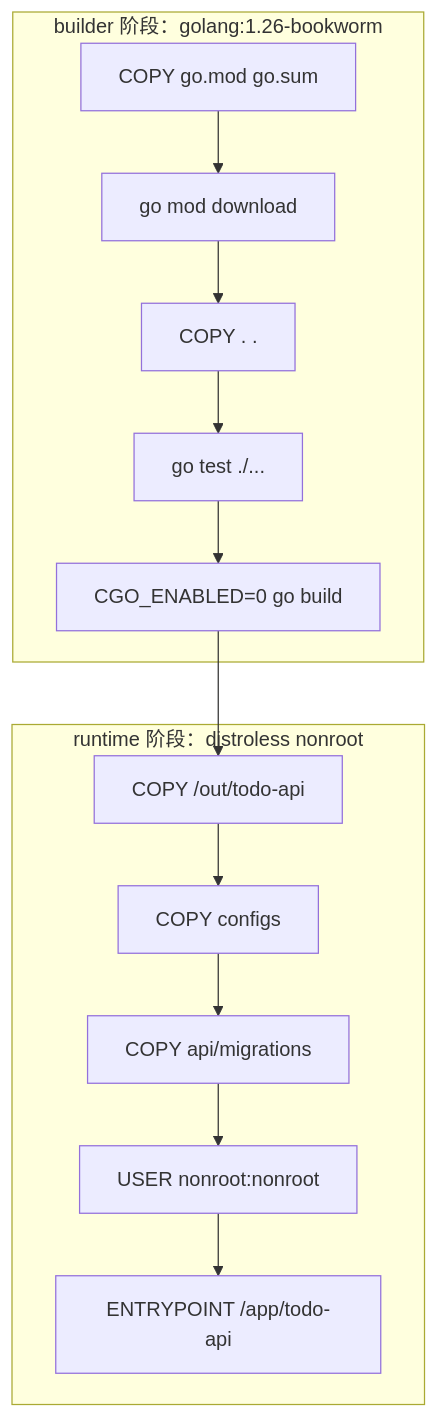
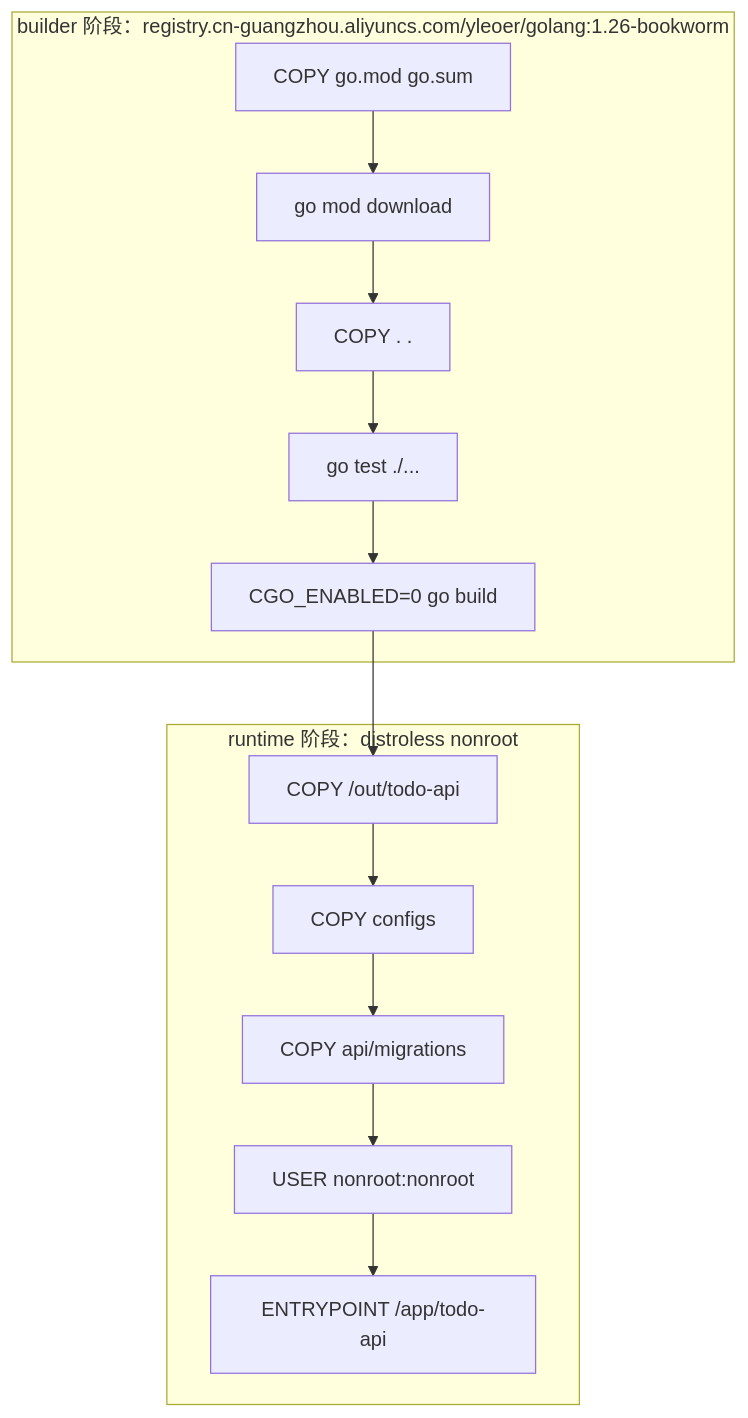
The second of 3 diagrams in docs/chapters/stage-03-docker/16-dockerfile.md (yleoer/cloud-native-todo-platform-docs), drawn with Mermaid before and after one commit. The commit also changed other lines of this file and 30 other files, not shown here.

First line of the commit message:
将所有外部 Docker 镜像统一指向 registry.cn-guangzhou.aliyuncs.com/yleoer

````diff
--- a/docs/chapters/stage-03-docker/16-dockerfile.md
+++ b/docs/chapters/stage-03-docker/16-dockerfile.md
@@ -303,18 +303,18 @@
 ```mermaid
 flowchart TB
-    subgraph Builder["builder 阶段：golang:1.26-bookworm"]
+    subgraph Builder["builder 阶段：registry.cn-guangzhou.aliyuncs.com/yleoer/golang:1.26-bookworm"]
         A["COPY go.mod go.sum"] --> B["go mod download"]
         B --> C["COPY . ."]
         C --> D["go test ./..."]
         D --> E["CGO_ENABLED=0 go build"]
     end
 
     subgraph Runtime["runtime 阶段：distroless nonroot"]
         F["COPY /out/todo-api"] --> G["COPY configs"]
         G --> H["COPY api/migrations"]
         H --> I["USER nonroot:nonroot"]
         I --> J["ENTRYPOINT /app/todo-api"]
     end
 
     E --> F
 ```
````
